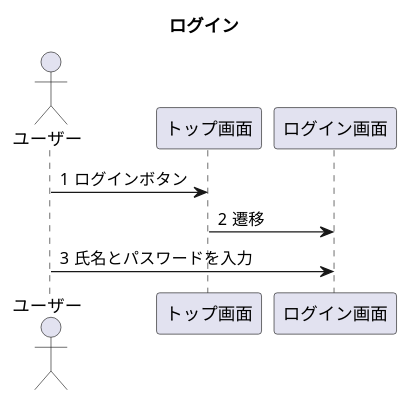
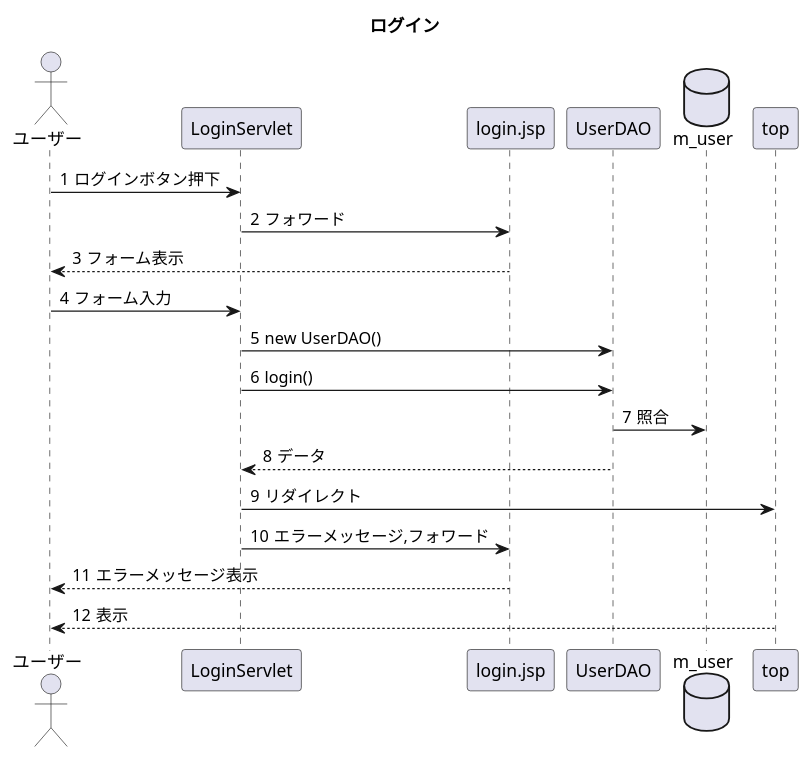
Before and after one commit to Tyamanaka07/WebSystem: the diagram in detail.uml/seq_login.pu, drawn with PlantUML.

```diff
--- a/detail.uml/seq_login.pu
+++ b/detail.uml/seq_login.pu
@@ -1,10 +1,26 @@
 @startuml
 title ログイン
 actor ユーザー
+
+participant LoginServlet
+participant login.jsp
+participant UserDAO
+database m_user
+participant top
+
 autonumber "#"
 
-ユーザー->トップ画面:ログインボタン
-トップ画面->ログイン画面:遷移
-ユーザー->ログイン画面:氏名とパスワードを入力
+ユーザー->LoginServlet:ログインボタン押下
+LoginServlet->login.jsp:フォワード
+login.jsp-->ユーザー:フォーム表示
+ユーザー->LoginServlet:フォーム入力
+LoginServlet->UserDAO:new UserDAO()
+LoginServlet->UserDAO:login()
+UserDAO->m_user:照合
+UserDAO-->LoginServlet:データ
+LoginServlet->top:リダイレクト
+LoginServlet->login.jsp:エラーメッセージ,フォワード
+login.jsp-->ユーザー:エラーメッセージ表示
+top-->ユーザー:表示
 
 @enduml
```
